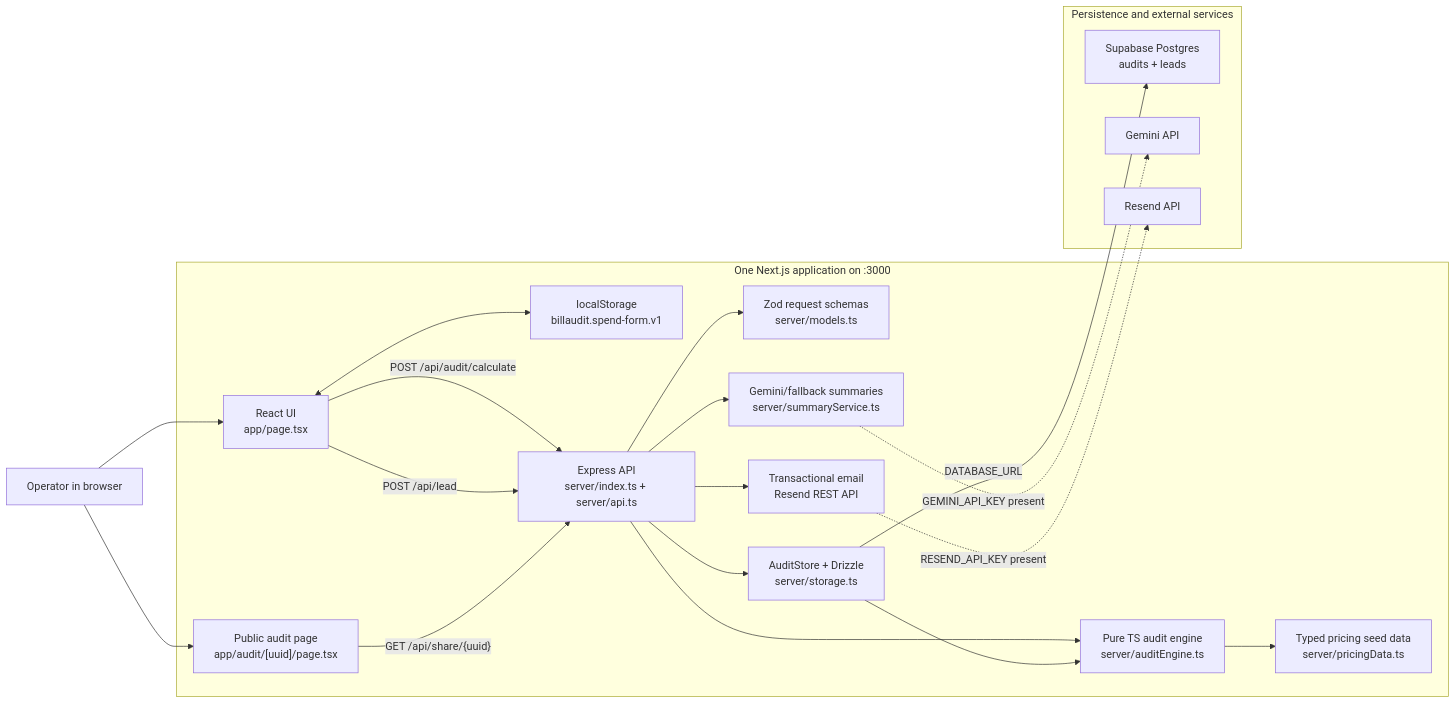
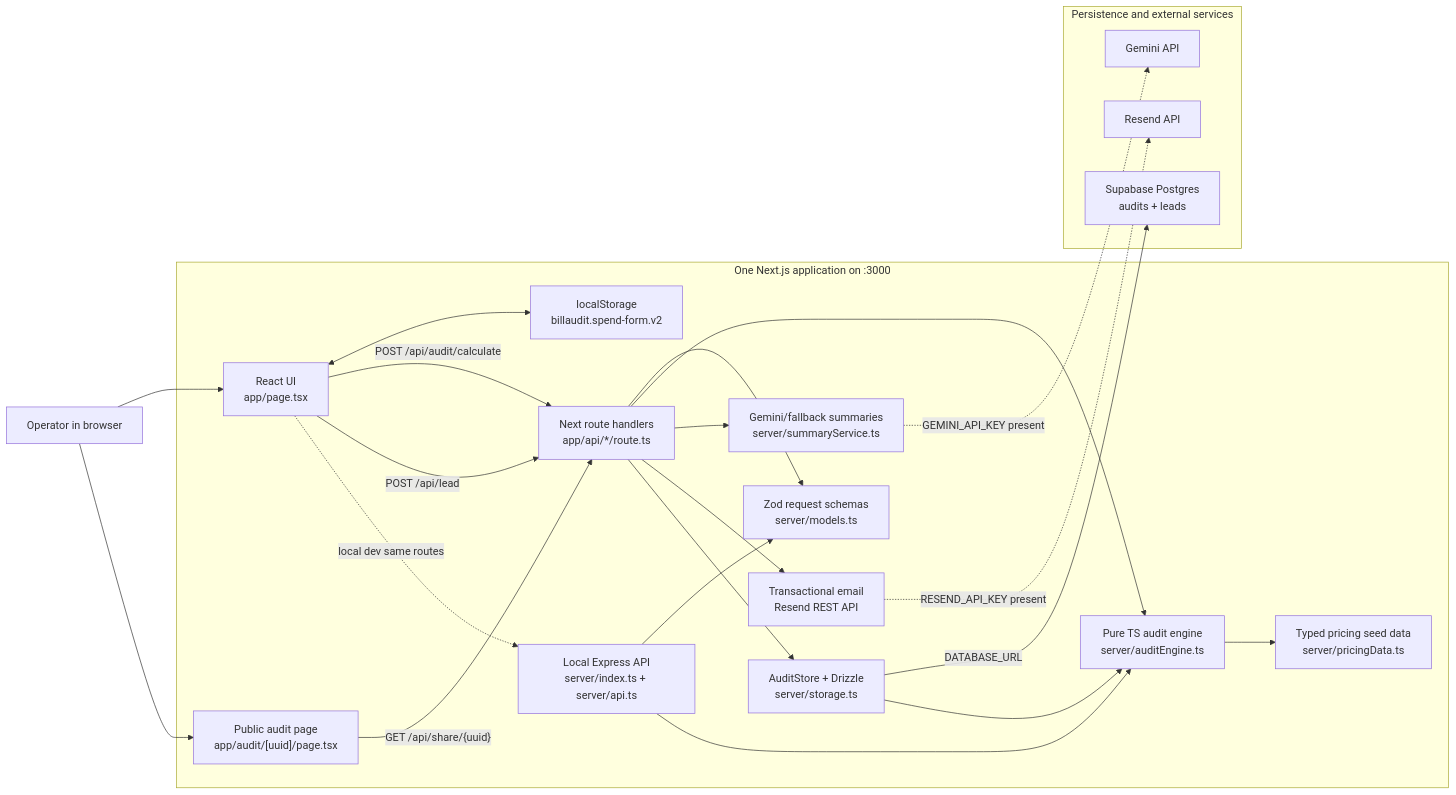
The diagram in docs/ARCHITECTURE.md (Feynmunh/BillAudit.ai), drawn with Mermaid before and after one commit. The commit also changed other lines of this file and 82 other files, not shown here.

````diff
--- a/docs/ARCHITECTURE.md
+++ b/docs/ARCHITECTURE.md
@@ -7,40 +7,44 @@
 ```mermaid
 flowchart LR
     User["Operator in browser"]
 
     subgraph App["One Next.js application on :3000"]
         ReactUI["React UI<br/>app/page.tsx"]
         ShareUI["Public audit page<br/>app/audit/[uuid]/page.tsx"]
-        LocalDraft["localStorage<br/>billaudit.spend-form.v1"]
-        Express["Express API<br/>server/index.ts + server/api.ts"]
+        LocalDraft["localStorage<br/>billaudit.spend-form.v2"]
+        NextAPI["Next route handlers<br/>app/api/*/route.ts"]
+        Express["Local Express API<br/>server/index.ts + server/api.ts"]
         Engine["Pure TS audit engine<br/>server/auditEngine.ts"]
         Pricing["Typed pricing seed data<br/>server/pricingData.ts"]
         Schemas["Zod request schemas<br/>server/models.ts"]
         Summary["Gemini/fallback summaries<br/>server/summaryService.ts"]
         Email["Transactional email<br/>Resend REST API"]
         Store["AuditStore + Drizzle<br/>server/storage.ts"]
     end
 
     subgraph Data["Persistence and external services"]
         Database["Supabase Postgres<br/>audits + leads"]
         Gemini["Gemini API"]
         Resend["Resend API"]
     end
 
     User --> ReactUI
     User --> ShareUI
     ReactUI <--> LocalDraft
-    ReactUI -- "POST /api/audit/calculate" --> Express
-    ReactUI -- "POST /api/lead" --> Express
-    ShareUI -- "GET /api/share/{uuid}" --> Express
+    ReactUI -- "POST /api/audit/calculate" --> NextAPI
+    ReactUI -- "POST /api/lead" --> NextAPI
+    ShareUI -- "GET /api/share/{uuid}" --> NextAPI
+    ReactUI -. "local dev same routes" .-> Express
+    NextAPI --> Schemas
+    NextAPI --> Engine
     Express --> Schemas
     Express --> Engine
     Engine --> Pricing
-    Express --> Summary
+    NextAPI --> Summary
     Summary -. "GEMINI_API_KEY present" .-> Gemini
-    Express --> Email
+    NextAPI --> Email
     Email -. "RESEND_API_KEY present" .-> Resend
-    Express --> Store
+    NextAPI --> Store
     Store -- "DATABASE_URL" --> Database
     Store --> Engine
 ```
````
